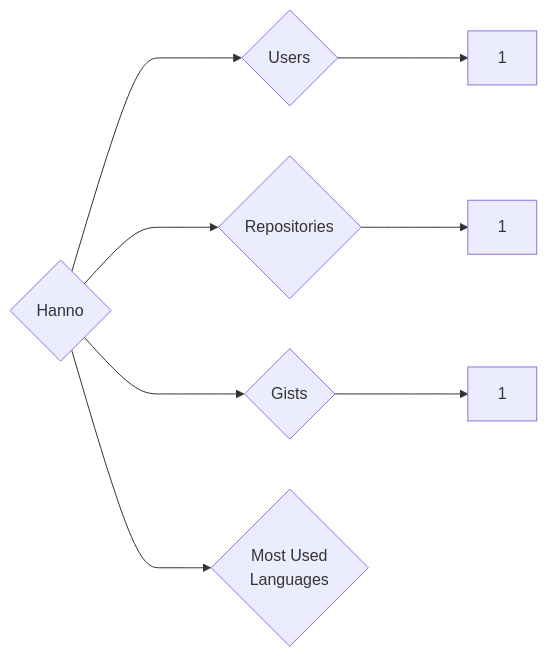
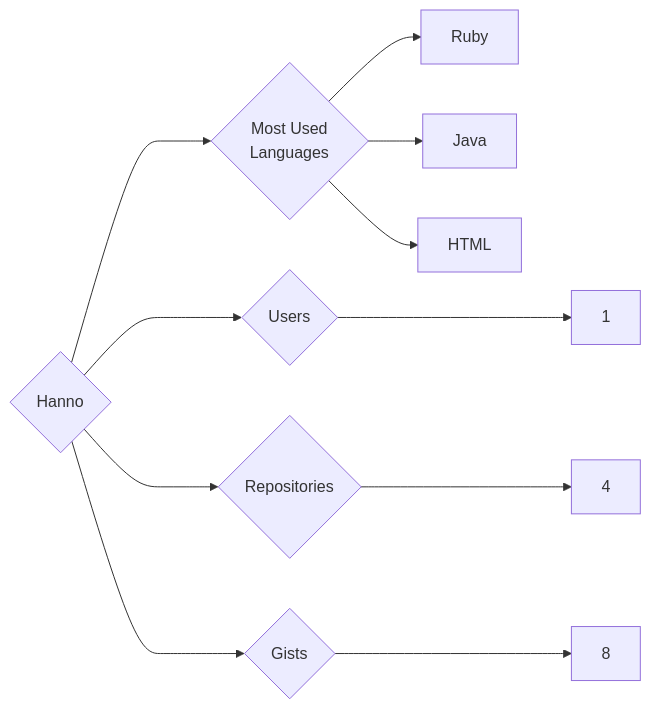
The diagram in targets/Hanno/README.md (trickest/insiders), drawn with Mermaid before and after one commit. The commit also changed 1023 other files, not shown here.

````diff
--- a/targets/Hanno/README.md
+++ b/targets/Hanno/README.md
@@ -3,8 +3,11 @@
 ```mermaid
 graph LR
 COMPANY_NAME{Hanno}
 COMPANY_NAME ---> U{Users} ---> UN[1]
-COMPANY_NAME ---> R{Repositories} ---> RN[1]
-COMPANY_NAME ---> G{Gists} ---> GN[1]
+COMPANY_NAME ---> R{Repositories} ---> RN[4]
+COMPANY_NAME ---> G{Gists} ---> GN[8]
 COMPANY_NAME ---> ML{Most Used<br>Languages}
+ML --> Ruby[Ruby]
+ML --> Java[Java]
+ML --> HTML[HTML]
 ```
````
